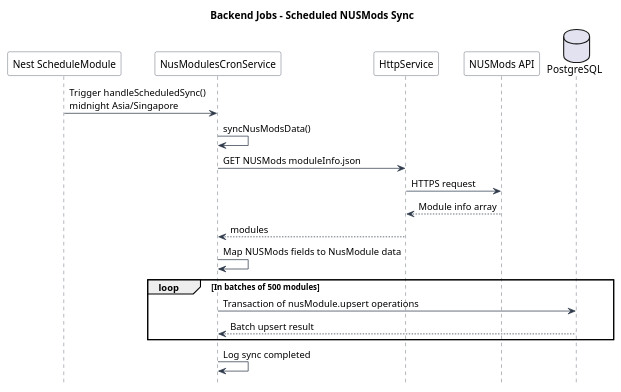
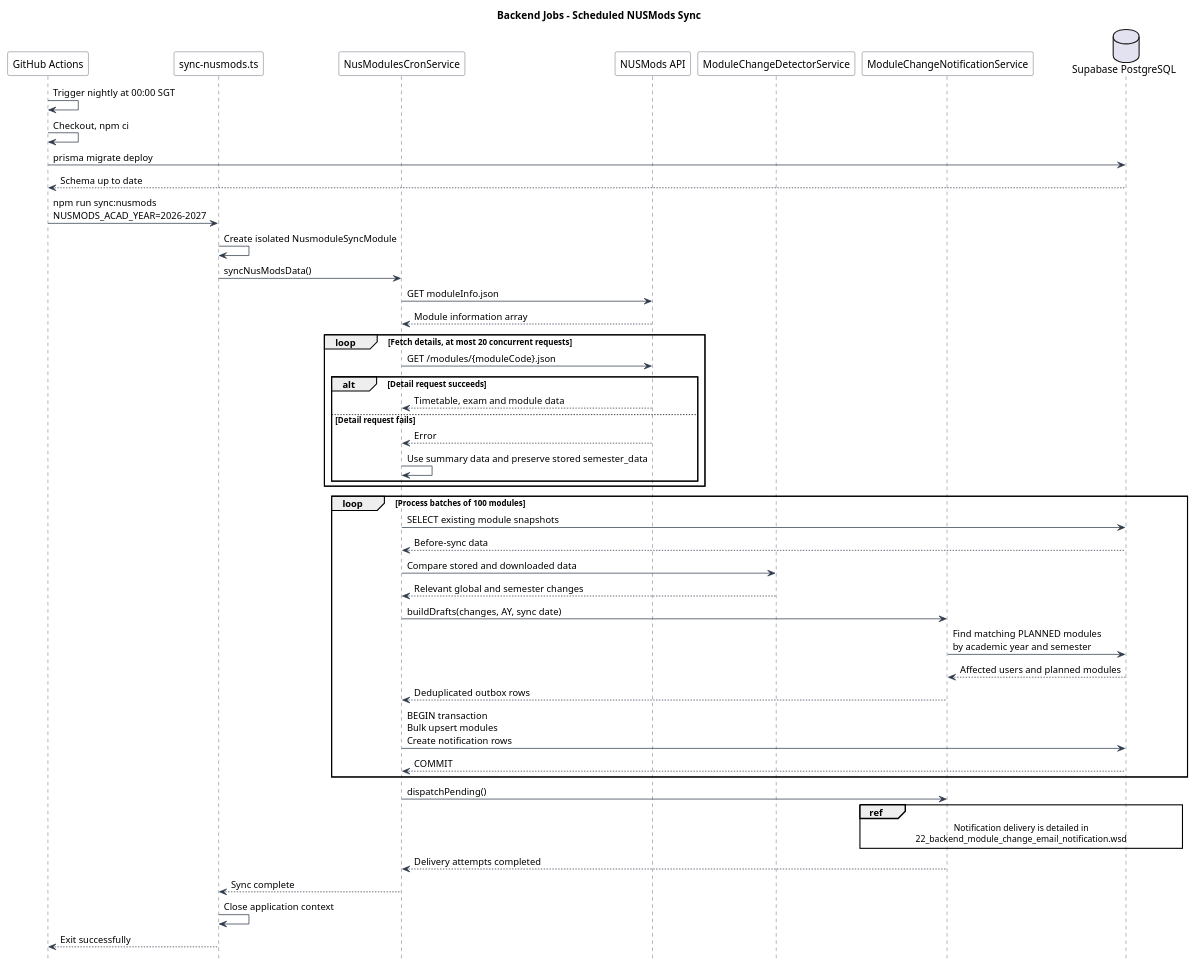
Before and after one commit to Shum-ster/nusmodumind: the diagram in diagrams/sequences/20_backend_scheduled_nusmods_sync.wsd, drawn with PlantUML. The commit also changed 11 other files, not shown here.

Commit message:
Updated sequence diagrams and erd

```diff
--- a/diagrams/sequences/20_backend_scheduled_nusmods_sync.wsd
+++ b/diagrams/sequences/20_backend_scheduled_nusmods_sync.wsd
@@ -1,35 +1,67 @@
 @startuml Backend_Scheduled_NUSMods_Sync_Sequence
 
 title Backend Jobs - Scheduled NUSMods Sync
 
 hide footbox
 skinparam shadowing false
 skinparam sequence {
     ArrowColor #2F3A4A
     LifeLineBorderColor #2F3A4A
     ParticipantBorderColor #2F3A4A
     ParticipantBackgroundColor #FFFFFF
 }
 
-participant "Nest ScheduleModule" as ScheduleModule
+participant "GitHub Actions" as Actions
+participant "sync-nusmods.ts" as SyncScript
 participant "NusModulesCronService" as CronService
-participant "HttpService" as HttpService
 participant "NUSMods API" as NUSModsApi
-database "PostgreSQL" as DB
+participant "ModuleChangeDetectorService" as ChangeDetector
+participant "ModuleChangeNotificationService" as NotificationService
+database "Supabase PostgreSQL" as DB
 
-ScheduleModule -> CronService : Trigger handleScheduledSync()\nmidnight Asia/Singapore
-CronService -> CronService : syncNusModsData()
-CronService -> HttpService : GET NUSMods moduleInfo.json
-HttpService -> NUSModsApi : HTTPS request
-NUSModsApi --> HttpService : Module info array
-HttpService --> CronService : modules
-CronService -> CronService : Map NUSMods fields to NusModule data
+Actions -> Actions : Trigger nightly at 00:00 SGT
+Actions -> Actions : Checkout, npm ci
+Actions -> DB : prisma migrate deploy
+DB --> Actions : Schema up to date
+Actions -> SyncScript : npm run sync:nusmods\nNUSMODS_ACAD_YEAR=2026-2027
+SyncScript -> SyncScript : Create isolated NusmoduleSyncModule
+SyncScript -> CronService : syncNusModsData()
 
-loop In batches of 500 modules
-    CronService -> DB : Transaction of nusModule.upsert operations
-    DB --> CronService : Batch upsert result
+CronService -> NUSModsApi : GET moduleInfo.json
+NUSModsApi --> CronService : Module information array
+
+loop Fetch details, at most 20 concurrent requests
+    CronService -> NUSModsApi : GET /modules/{moduleCode}.json
+    alt Detail request succeeds
+        NUSModsApi --> CronService : Timetable, exam and module data
+    else Detail request fails
+        NUSModsApi --> CronService : Error
+        CronService -> CronService : Use summary data and preserve stored semester_data
+    end
 end
 
-CronService -> CronService : Log sync completed
+loop Process batches of 100 modules
+    CronService -> DB : SELECT existing module snapshots
+    DB --> CronService : Before-sync data
+    CronService -> ChangeDetector : Compare stored and downloaded data
+    ChangeDetector --> CronService : Relevant global and semester changes
+    CronService -> NotificationService : buildDrafts(changes, AY, sync date)
+    NotificationService -> DB : Find matching PLANNED modules\nby academic year and semester
+    DB --> NotificationService : Affected users and planned modules
+    NotificationService --> CronService : Deduplicated outbox rows
+
+    CronService -> DB : BEGIN transaction\nBulk upsert modules\nCreate notification rows
+    DB --> CronService : COMMIT
+end
+
+CronService -> NotificationService : dispatchPending()
+ref over NotificationService, DB
+    Notification delivery is detailed in
+    22_backend_module_change_email_notification.wsd
+end ref
+NotificationService --> CronService : Delivery attempts completed
+CronService --> SyncScript : Sync complete
+SyncScript -> SyncScript : Close application context
+SyncScript --> Actions : Exit successfully
 
 @enduml
```
